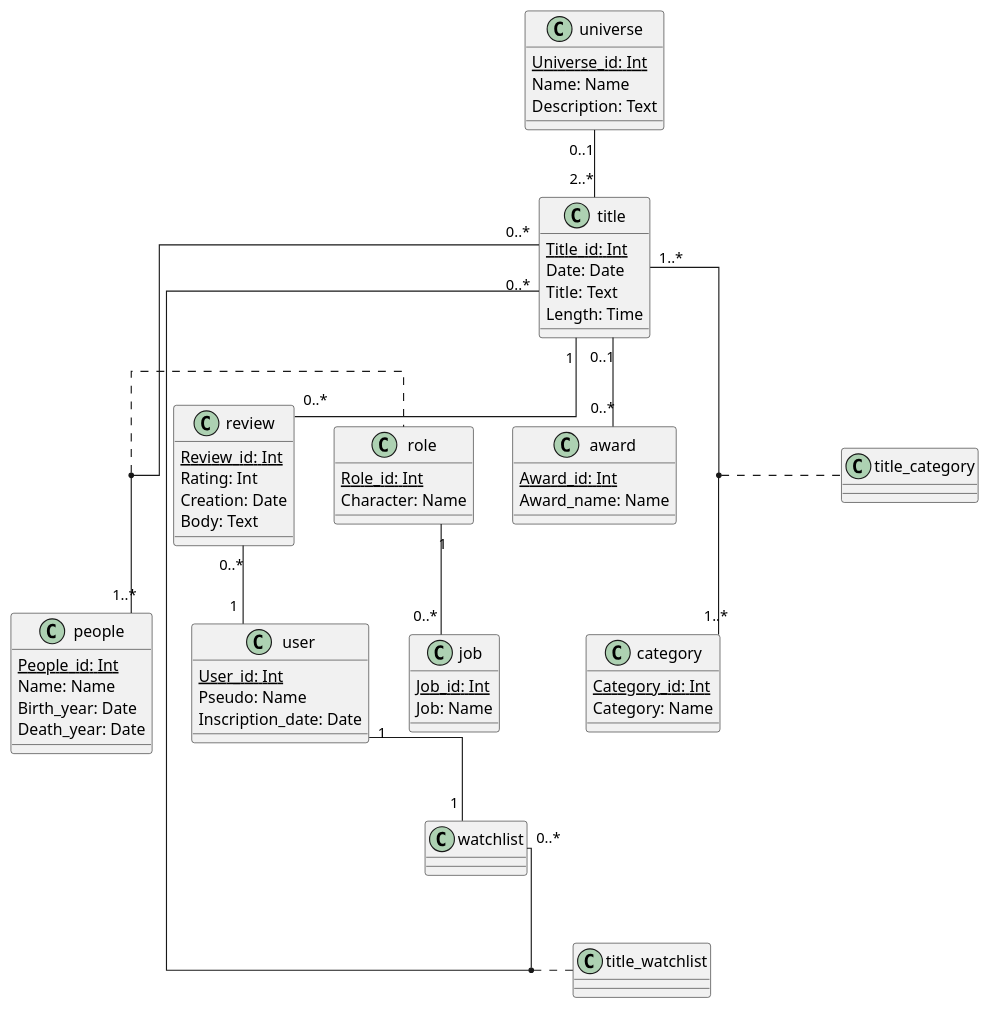
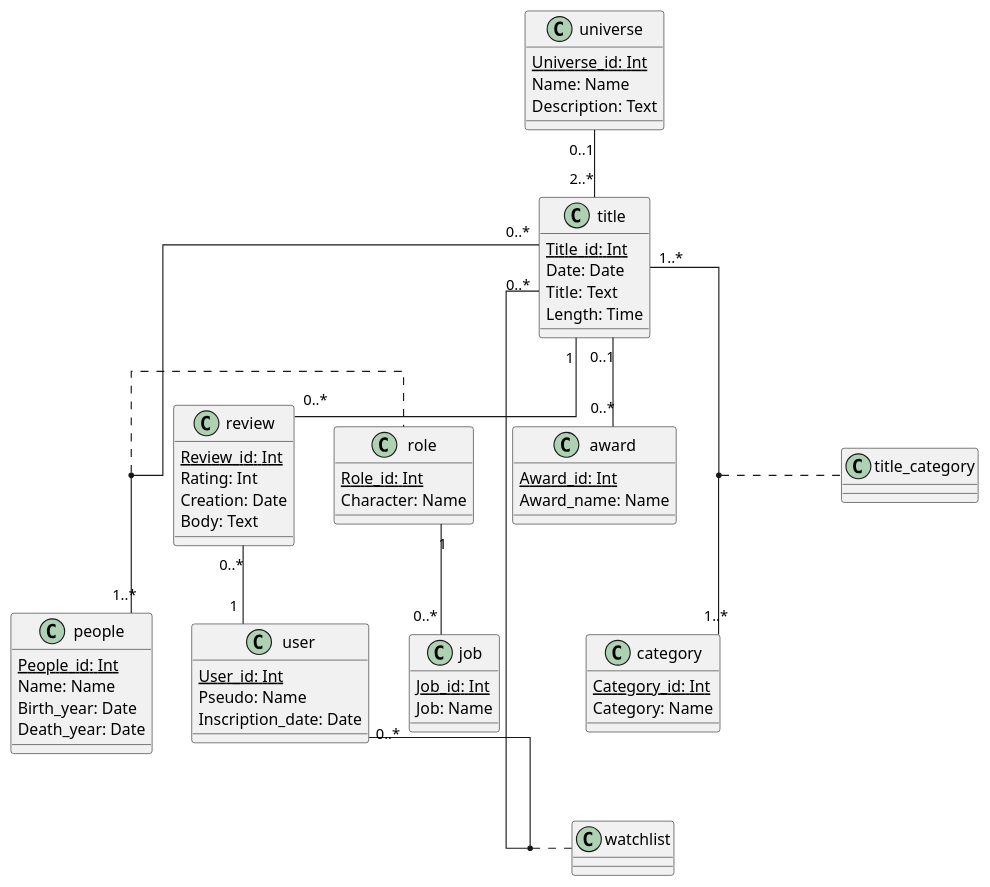
The diagram in checkpoint1/class_normalization.puml (bilboque/MOOVIE_RECOMMENDER), drawn with PlantUML before and after one commit.

Commit message:
updated normalization

```diff
--- a/checkpoint1/class_normalization.puml
+++ b/checkpoint1/class_normalization.puml
@@ -1,79 +1,75 @@
 @startuml
 skinparam linetype ortho
 
 class universe {
     <U>Universe_id: Int
 	Name: Name
     Description: Text
 }
 
 class title {
     <U>Title_id: Int
     Date: Date
     Title: Text
     Length: Time
 }
 
 class award {
     <U>Award_id: Int
     Award_name: Name
 }
 
 class category {
 		<U>Category_id: Int
     	Category: Name
 }
 
 class people {
     <U>People_id: Int
 	Name: Name
     Birth_year: Date
     Death_year: Date
 }
 
 class watchlist {
 }
 
 class user {
     <U>User_id: Int
 	Pseudo: Name
     Inscription_date: Date
 }
 
 class review {
     <U>Review_id: Int
     Rating: Int
     Creation: Date
     Body: Text
 }
 
 class role {
     <U>Role_id: Int
 	Character: Name
 }
 
 class job {
     <U>Job_id: Int
 	Job: Name
 }
 
-class title_watchlist{
-}
-
 class title_category{
 }
 
 universe "0..1" -- "2..*" title
 title "0..*" -- "1..*" people
 title "1" -- "0..*" review
 title "0..1" -- "0..*" award
 title "1..*" -- "1..*" category
 review "0..*" -- "1" user
-user "1" -- "1" watchlist
-watchlist "0..*" -- "0..*" title
+user "0..*" -- "0..*" title
 role "1" -- "0..*" job
 
 (title, people) .. role
-(title, watchlist) .. title_watchlist
+(title, user) .. watchlist
 (title, category) .. title_category
 @enduml
```
